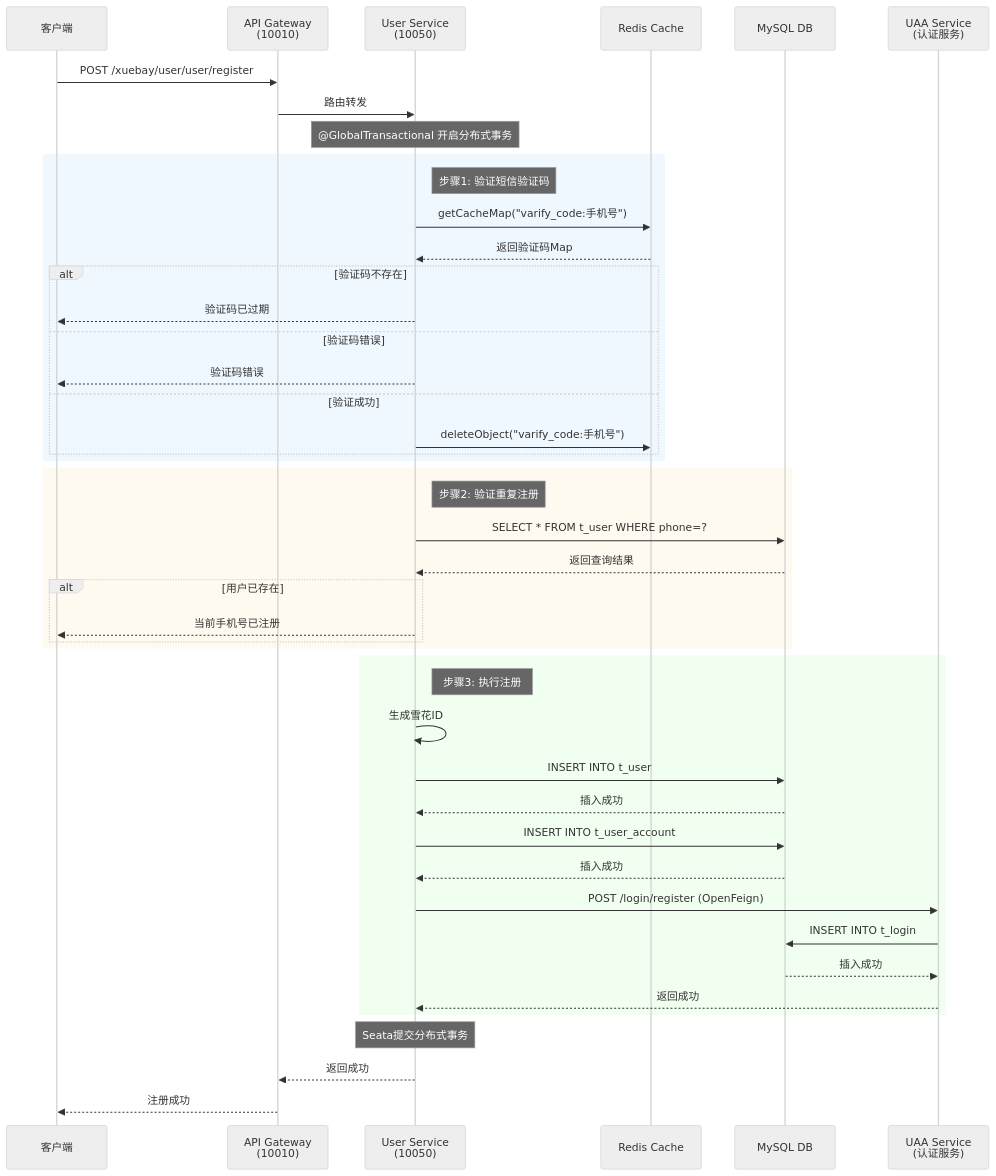
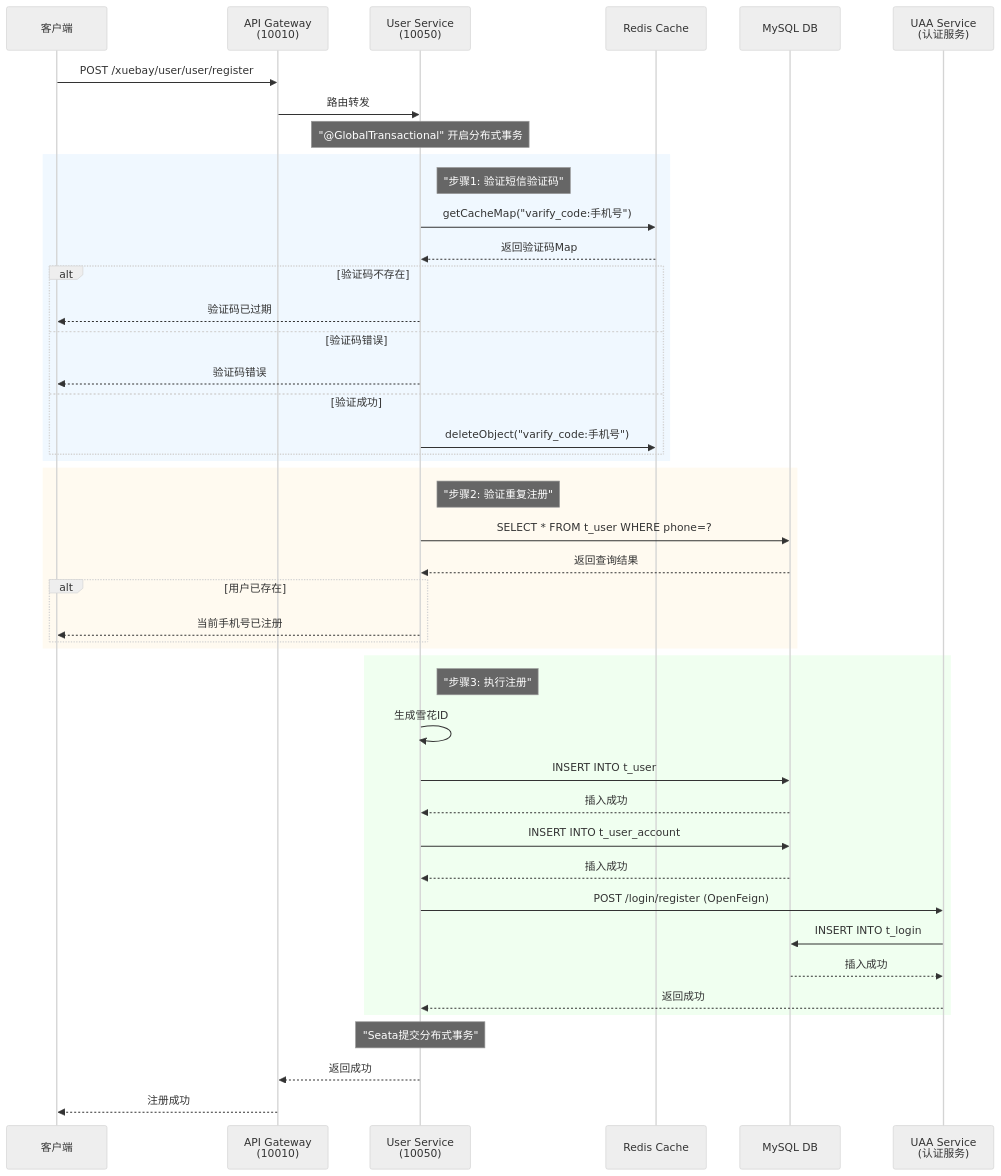
One commit to hongchaozhu-it/note changed the first of 2 diagrams in docs/project/xuebay/xuebay10-用户注册.md. Above: the diagram before and after it, drawn with Mermaid (neutral theme).

Commit message:
文档维护

````diff
--- a/docs/project/xuebay/xuebay10-用户注册.md
+++ b/docs/project/xuebay/xuebay10-用户注册.md
@@ -200,56 +200,56 @@
 ```mermaid
 sequenceDiagram
     participant Client as 客户端
     participant Gateway as API Gateway<br/>(10010)
     participant UserService as User Service<br/>(10050)
     participant Redis as Redis Cache
     participant MySQL as MySQL DB
     participant UAAService as UAA Service<br/>(认证服务)
     
     Client->>Gateway: POST /xuebay/user/user/register
     Gateway->>UserService: 路由转发
     
-    Note over UserService: @GlobalTransactional 开启分布式事务
+    Note over UserService: "@GlobalTransactional" 开启分布式事务
     
     rect rgb(240, 248, 255)
-        Note right of UserService: 步骤1: 验证短信验证码
+        Note right of UserService: "步骤1: 验证短信验证码"
         UserService->>Redis: getCacheMap("varify_code:手机号")
         Redis-->>UserService: 返回验证码Map
         alt 验证码不存在
             UserService-->>Client: 验证码已过期
         else 验证码错误
             UserService-->>Client: 验证码错误
         else 验证成功
             UserService->>Redis: deleteObject("varify_code:手机号")
         end
     end
     
     rect rgb(255, 250, 240)
-        Note right of UserService: 步骤2: 验证重复注册
+        Note right of UserService: "步骤2: 验证重复注册"
         UserService->>MySQL: SELECT * FROM t_user WHERE phone=?
         MySQL-->>UserService: 返回查询结果
         alt 用户已存在
             UserService-->>Client: 当前手机号已注册
         end
     end
     
     rect rgb(240, 255, 240)
-        Note right of UserService: 步骤3: 执行注册
+        Note right of UserService: "步骤3: 执行注册"
         UserService->>UserService: 生成雪花ID
         
         UserService->>MySQL: INSERT INTO t_user
         MySQL-->>UserService: 插入成功
         
         UserService->>MySQL: INSERT INTO t_user_account
         MySQL-->>UserService: 插入成功
         
         UserService->>UAAService: POST /login/register (OpenFeign)
         UAAService->>MySQL: INSERT INTO t_login
         MySQL-->>UAAService: 插入成功
         UAAService-->>UserService: 返回成功
     end
     
-    Note over UserService: Seata提交分布式事务
+    Note over UserService: "Seata提交分布式事务"
     UserService-->>Gateway: 返回成功
     Gateway-->>Client: 注册成功
 ```
````
